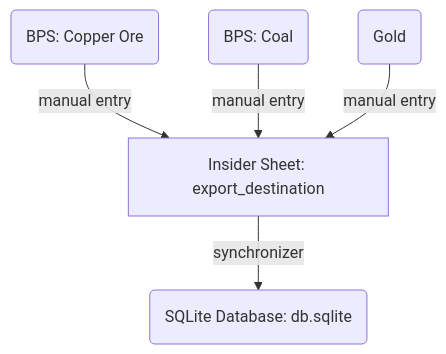
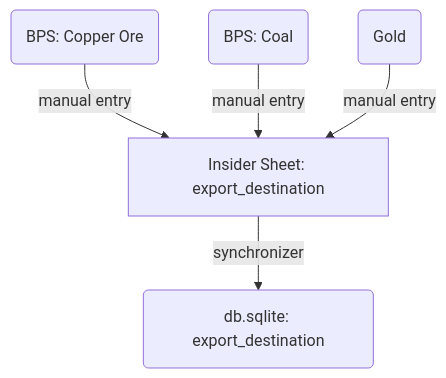
Before and after one commit to supertypeai/coalresearch: the fourth of 6 diagrams in README.md, drawn with Mermaid. The commit also changed other lines of this file, not shown here.

````diff
--- a/README.md
+++ b/README.md
@@ -133,12 +171,12 @@
 ```mermaid
 graph TD
   A1(BPS: Copper Ore) -->|manual entry| B
   A2(BPS: Coal) -->|manual entry| B
   A3(Gold) -->|manual entry| B
-  B[Insider Sheet: export_destination] -->|synchronizer| C(SQLite Database: db.sqlite)
+  B[Insider Sheet: export_destination] -->|synchronizer| C(db.sqlite: export_destination)
 
   %% Add clickable links to each node
   click A1 "https://www.bps.go.id/en/statistics-table/1/MTAzMiMx/exports-of-copper-ore-by-major-countries-of-destination--2012-2023.html" _blank
   click A2 "https://www.bps.go.id/en/statistics-table/1/MTAzNCMx/exports-of-coal-by-major-countries-of-destination--2012-2023.html" _blank
   click B "https://docs.google.com/spreadsheets/d/19wfJ2fc9qKeR22dMIO2rEQLkit8E4bGsHA1u0USqTQk/edit?gid=847935271#gid=847935271" _blank
 ```
````
